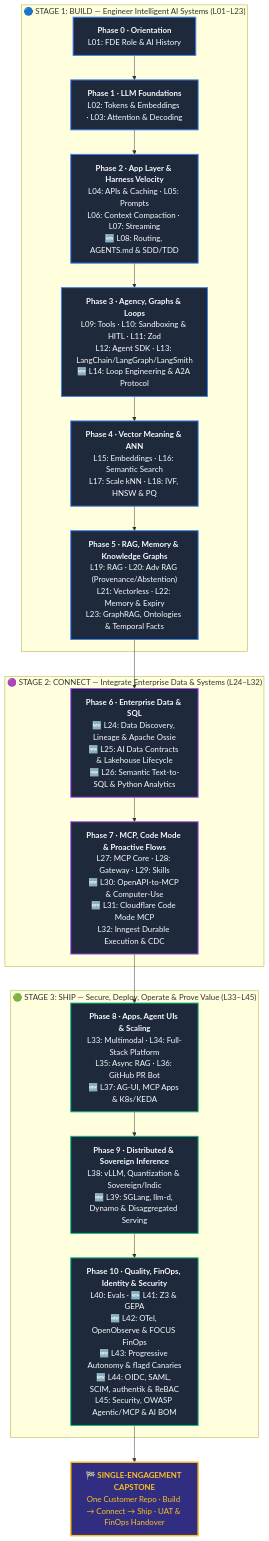
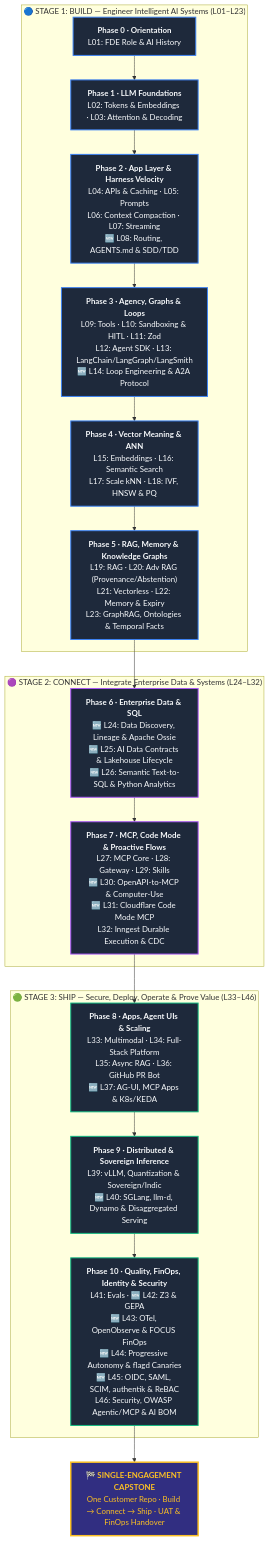
One commit to Amie-dev/FDE-and-GenAI-Mastery changed the first of 2 diagrams in roadmap-v1.md. Above: the diagram before and after it, drawn with Mermaid. The commit also changed other lines of this file and 319 other files, not shown here.

````diff
--- a/roadmap-v1.md
+++ b/roadmap-v1.md
@@ -40,36 +40,36 @@
 ```mermaid
 flowchart TD
     classDef build fill:#1e293b,stroke:#3b82f6,stroke-width:2px,color:#f8fafc;
     classDef connect fill:#1e293b,stroke:#a855f7,stroke-width:2px,color:#f8fafc;
     classDef ship fill:#1e293b,stroke:#10b981,stroke-width:2px,color:#f8fafc;
     classDef cap fill:#312e81,stroke:#fbbf24,stroke-width:3px,color:#fbbf24;
 
     subgraph BUILD["🔵 STAGE 1: BUILD — Engineer Intelligent AI Systems (L01–L23)"]
         P0["<b>Phase 0 · Orientation</b><br/>L01: FDE Role & AI History"]:::build
         P1["<b>Phase 1 · LLM Foundations</b><br/>L02: Tokens & Embeddings · L03: Attention & Decoding"]:::build
         P2["<b>Phase 2 · App Layer & Harness Velocity</b><br/>L04: APIs & Caching · L05: Prompts<br/>L06: Context Compaction · L07: Streaming<br/>🆕 L08: Routing, AGENTS.md & SDD/TDD"]:::build
         P3["<b>Phase 3 · Agency, Graphs & Loops</b><br/>L09: Tools · L10: Sandboxing & HITL · L11: Zod<br/>L12: Agent SDK · L13: LangChain/LangGraph/LangSmith<br/>🆕 L14: Loop Engineering & A2A Protocol"]:::build
         P4["<b>Phase 4 · Vector Meaning & ANN</b><br/>L15: Embeddings · L16: Semantic Search<br/>L17: Scale kNN · L18: IVF, HNSW & PQ"]:::build
         P5["<b>Phase 5 · RAG, Memory & Knowledge Graphs</b><br/>L19: RAG · L20: Adv RAG (Provenance/Abstention)<br/>L21: Vectorless · L22: Memory & Expiry<br/>L23: GraphRAG, Ontologies & Temporal Facts"]:::build
         P0 --> P1 --> P2 --> P3 --> P4 --> P5
     end
 
     subgraph CONNECT["🟣 STAGE 2: CONNECT — Integrate Enterprise Data & Systems (L24–L32)"]
         P6["<b>Phase 6 · Enterprise Data & SQL</b><br/>🆕 L24: Data Discovery, Lineage & Apache Ossie<br/>🆕 L25: AI Data Contracts & Lakehouse Lifecycle<br/>🆕 L26: Semantic Text-to-SQL & Python Analytics"]:::connect
         P7["<b>Phase 7 · MCP, Code Mode & Proactive Flows</b><br/>L27: MCP Core · L28: Gateway · L29: Skills<br/>🆕 L30: OpenAPI-to-MCP & Computer-Use<br/>🆕 L31: Cloudflare Code Mode MCP<br/>L32: Inngest Durable Execution & CDC"]:::connect
         P6 --> P7
     end
 
-    subgraph SHIP["🟢 STAGE 3: SHIP — Secure, Deploy, Operate & Prove Value (L33–L45)"]
+    subgraph SHIP["🟢 STAGE 3: SHIP — Secure, Deploy, Operate & Prove Value (L33–L46)"]
         P8["<b>Phase 8 · Apps, Agent UIs & Scaling</b><br/>L33: Multimodal · L34: Full-Stack Platform<br/>L35: Async RAG · L36: GitHub PR Bot<br/>🆕 L37: AG-UI, MCP Apps & K8s/KEDA"]:::ship
-        P9["<b>Phase 9 · Distributed & Sovereign Inference</b><br/>L38: vLLM, Quantization & Sovereign/Indic<br/>🆕 L39: SGLang, llm-d, Dynamo & Disaggregated Serving"]:::ship
-        P10["<b>Phase 10 · Quality, FinOps, Identity & Security</b><br/>L40: Evals · 🆕 L41: Z3 & GEPA<br/>🆕 L42: OTel, OpenObserve & FOCUS FinOps<br/>🆕 L43: Progressive Autonomy & flagd Canaries<br/>🆕 L44: OIDC, SAML, SCIM, authentik & ReBAC<br/>L45: Security, OWASP Agentic/MCP & AI BOM"]:::ship
+        P9["<b>Phase 9 · Distributed & Sovereign Inference</b><br/>L39: vLLM, Quantization & Sovereign/Indic<br/>🆕 L40: SGLang, llm-d, Dynamo & Disaggregated Serving"]:::ship
+        P10["<b>Phase 10 · Quality, FinOps, Identity & Security</b><br/>L41: Evals · 🆕 L42: Z3 & GEPA<br/>🆕 L43: OTel, OpenObserve & FOCUS FinOps<br/>🆕 L44: Progressive Autonomy & flagd Canaries<br/>🆕 L45: OIDC, SAML, SCIM, authentik & ReBAC<br/>L46: Security, OWASP Agentic/MCP & AI BOM"]:::ship
         P8 --> P9 --> P10
     end
 
     CAP["<b>🏁 SINGLE-ENGAGEMENT CAPSTONE</b><br/>One Customer Repo · Build → Connect → Ship · UAT & FinOps Handover"]:::cap
 
     P5 --> P6
     P7 --> P8
     P10 --> CAP
 ```
````
